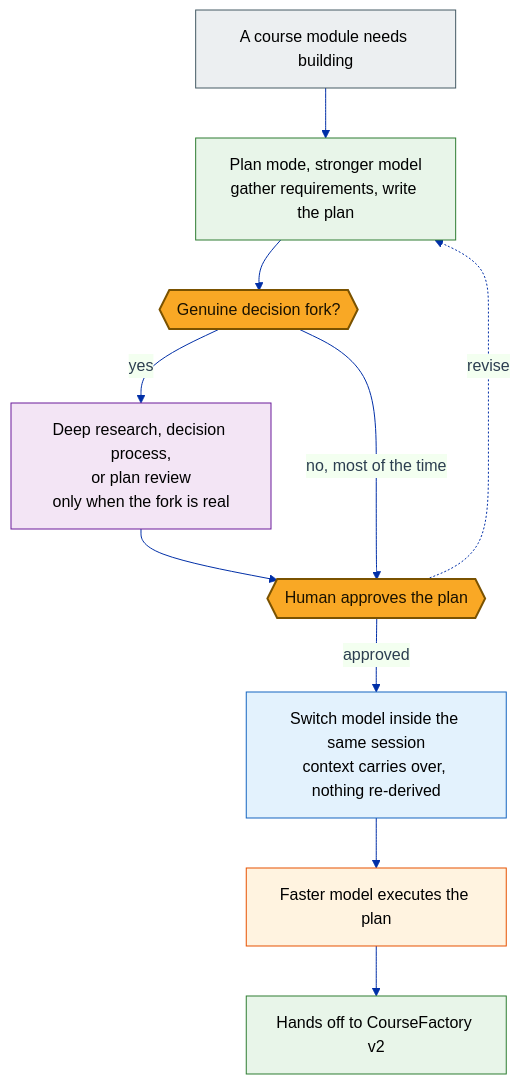
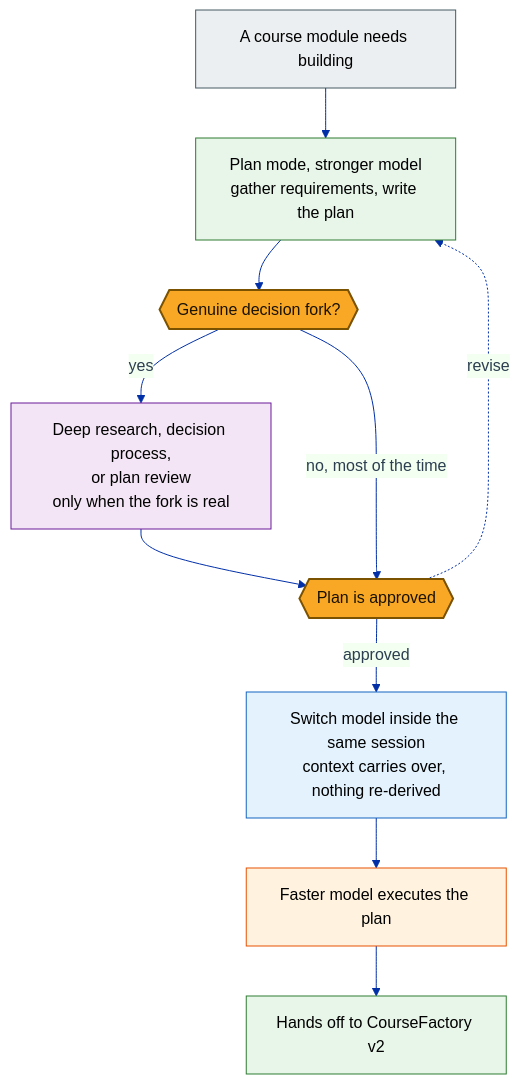
Before and after one commit to mmentzerhernandez/global_experience: the diagram in diagrams/session-pipeline.mmd, drawn with Mermaid. The commit also changed 6 other files, not shown here.

```diff
--- a/diagrams/session-pipeline.mmd
+++ b/diagrams/session-pipeline.mmd
@@ -1,38 +1,38 @@
 ---
 config:
   theme: base
   themeVariables:
     primaryColor: "#f0f3ff"
     primaryBorderColor: "#002fa7"
     primaryTextColor: "#2c3e50"
     lineColor: "#002fa7"
     fontFamily: "-apple-system,BlinkMacSystemFont,Segoe UI,Roboto,sans-serif"
 ---
 flowchart TD
     START["A course module needs building"]:::people
 
     PLAN["Plan mode, stronger model<br/>gather requirements, write the plan"]:::author
     FORK{{"Genuine decision fork?"}}:::gate
     TOOLS["Deep research, decision process,<br/>or plan review<br/>only when the fork is real"]:::sweep
-    APPROVE{{"Human approves the plan"}}:::gate
+    APPROVE{{"Plan is approved"}}:::gate
     SWITCH["Switch model inside the same session<br/>context carries over, nothing re-derived"]:::access
     EXEC["Faster model executes the plan"]:::package
     CF["Hands off to CourseFactory v2"]:::course
 
     START --> PLAN
     PLAN --> FORK
     FORK -->|"yes"| TOOLS
     TOOLS --> APPROVE
     FORK -->|"no, most of the time"| APPROVE
     APPROVE -->|"approved"| SWITCH
     APPROVE -.->|"revise"| PLAN
     SWITCH --> EXEC
     EXEC --> CF
 
     classDef people fill:#ECEFF1,stroke:#455A64,color:#000000
     classDef access fill:#E3F2FD,stroke:#1565C0,color:#000000
     classDef author fill:#E8F5E9,stroke:#2E7D32,color:#000000
     classDef course fill:#E8F5E9,stroke:#2E7D32,color:#000000
     classDef package fill:#FFF3E0,stroke:#E65100,color:#000000
     classDef sweep fill:#F3E5F5,stroke:#6A1B9A,color:#000000
     classDef gate fill:#F9A825,stroke:#7A5200,color:#1A1200,stroke-width:2px
```
